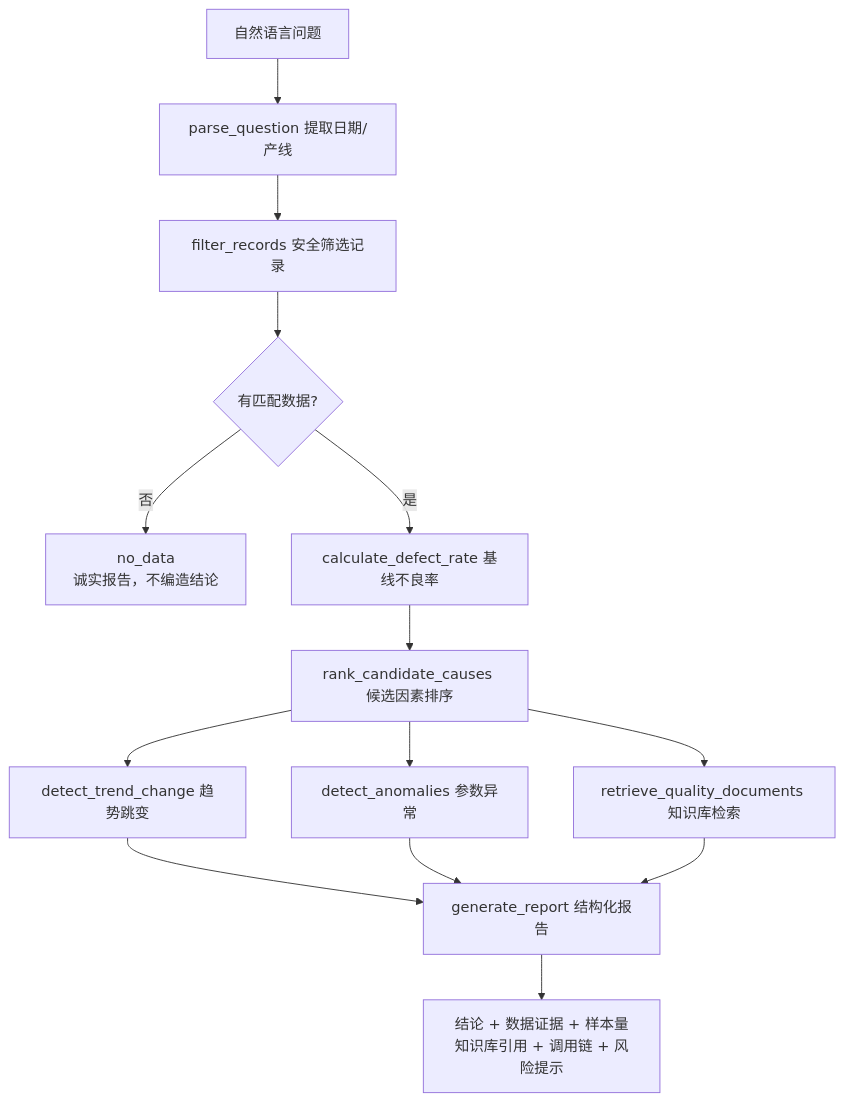
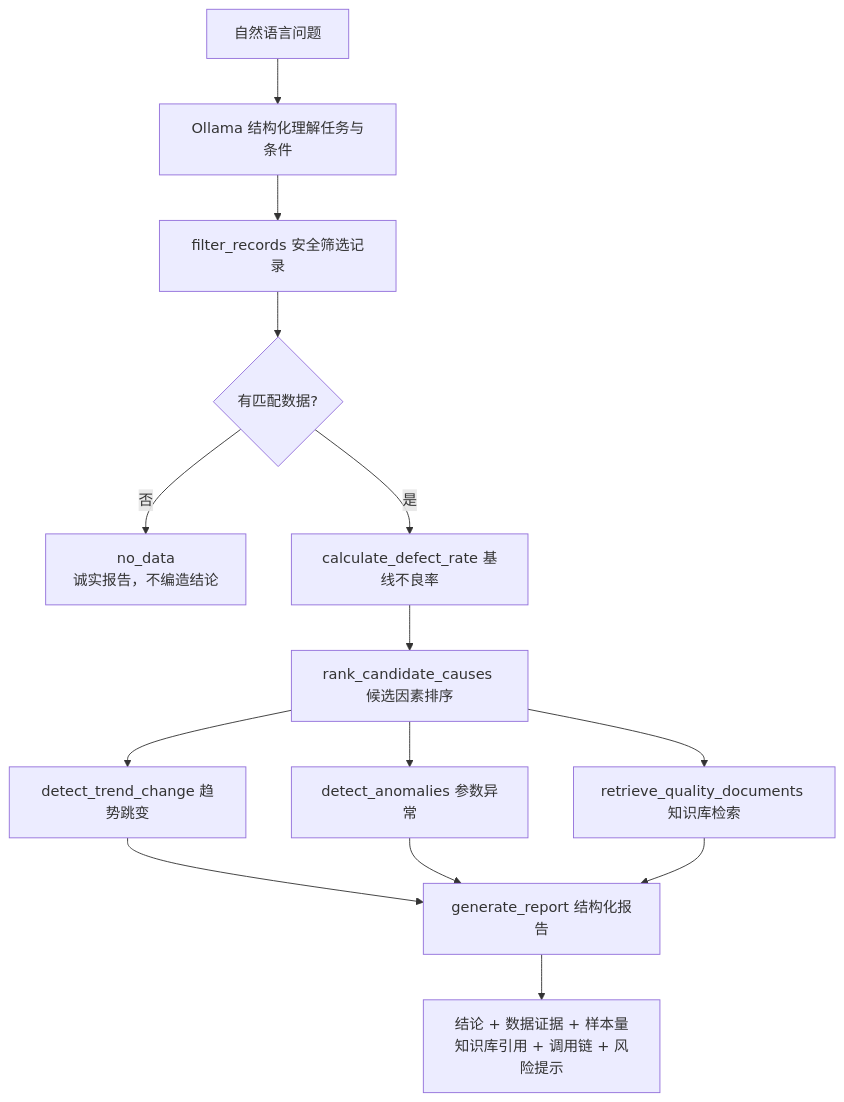
One commit to Satulalala/manufacturing-quality-agent changed the second of 2 diagrams in README.md. Above: the diagram before and after it, drawn with Mermaid. The commit also changed other lines of this file and 1 other file, not shown here.

````diff
--- a/README.md
+++ b/README.md
@@ -157,14 +228,14 @@
 ```mermaid
 flowchart TD
-    Q[自然语言问题] --> P[parse_question 提取日期/产线]
+    Q[自然语言问题] --> P[Ollama 结构化理解任务与条件]
     P --> F[filter_records 安全筛选记录]
     F --> D{有匹配数据?}
     D -- 否 --> ND[no_data<br/>诚实报告，不编造结论]
     D -- 是 --> B[calculate_defect_rate 基线不良率]
     B --> R[rank_candidate_causes 候选因素排序]
     R --> TR[detect_trend_change 趋势跳变]
     R --> AN[detect_anomalies 参数异常]
     R --> K[retrieve_quality_documents 知识库检索]
     TR & AN & K --> G[generate_report 结构化报告]
     G --> OUT[结论 + 数据证据 + 样本量<br/>知识库引用 + 调用链 + 风险提示]
 ```
````
